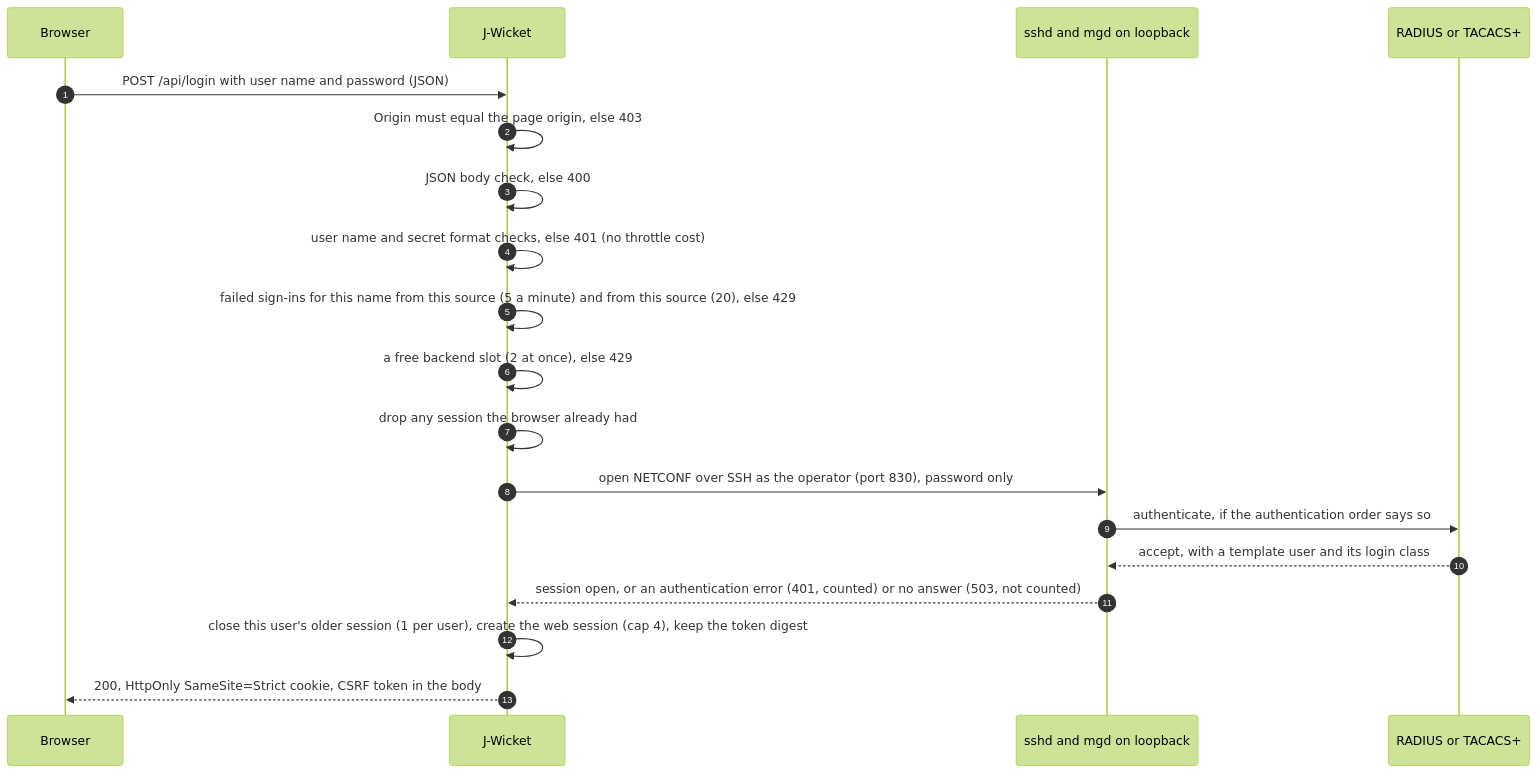
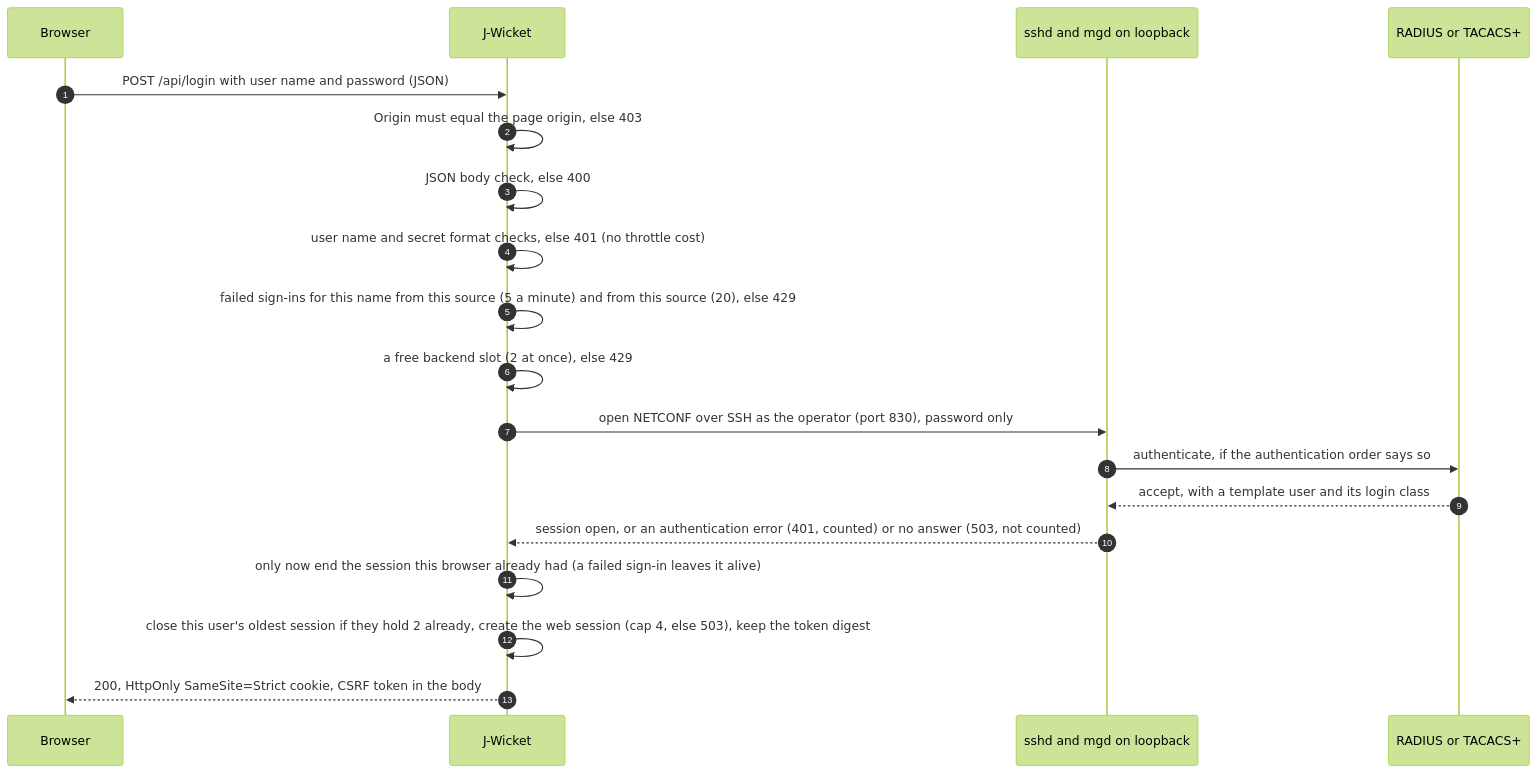
The third of 7 diagrams in docs/architecture.md (robertsonc/jwicket), drawn with Mermaid (forest theme) before and after one commit. The commit also changed other lines of this file and 4 other files, not shown here.

````diff
--- a/docs/architecture.md
+++ b/docs/architecture.md
@@ -206,21 +206,21 @@
 ```mermaid
 sequenceDiagram
   autonumber
   participant B as Browser
   participant W as J-Wicket
   participant J as sshd and mgd on loopback
   participant A as RADIUS or TACACS+
   B->>W: POST /api/login with user name and password (JSON)
   W->>W: Origin must equal the page origin, else 403
   W->>W: JSON body check, else 400
   W->>W: user name and secret format checks, else 401 (no throttle cost)
   W->>W: failed sign-ins for this name from this source (5 a minute) and from this source (20), else 429
   W->>W: a free backend slot (2 at once), else 429
-  W->>W: drop any session the browser already had
   W->>J: open NETCONF over SSH as the operator (port 830), password only
   J->>A: authenticate, if the authentication order says so
   A-->>J: accept, with a template user and its login class
   J-->>W: session open, or an authentication error (401, counted) or no answer (503, not counted)
-  W->>W: close this user's older session (1 per user), create the web session (cap 4), keep the token digest
+  W->>W: only now end the session this browser already had (a failed sign-in leaves it alive)
+  W->>W: close this user's oldest session if they hold 2 already, create the web session (cap 4, else 503), keep the token digest
   W-->>B: 200, HttpOnly SameSite=Strict cookie, CSRF token in the body
 ```
````
